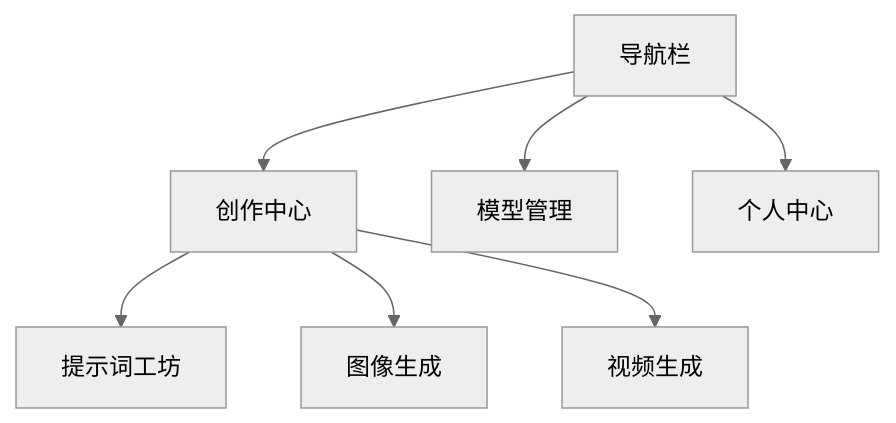
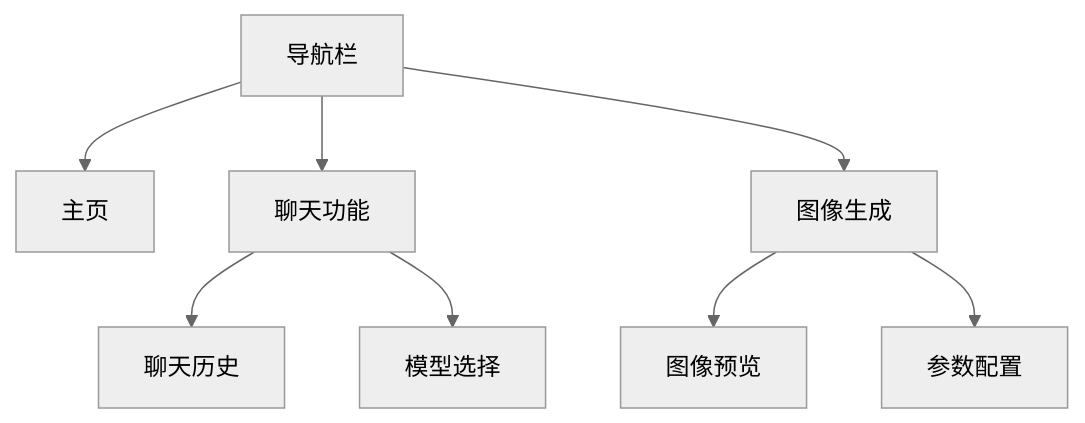
The diagram in docs/frontend.md (CLASSLU/aiApp), drawn with Mermaid (neutral theme) before and after one commit. The commit also changed other lines of this file and 4 other files, not shown here.

````diff
--- a/docs/frontend.md
+++ b/docs/frontend.md
@@ -5,9 +5,10 @@
 ```mermaid
 graph TD
-    A[导航栏] --> B[创作中心]
-    A --> C[模型管理]
-    A --> D[个人中心]
-    B --> E[提示词工坊]
-    B --> F[图像生成]
-    B --> G[视频生成]
+    A[导航栏] --> B[主页]
+    A --> C[聊天功能]
+    A --> D[图像生成]
+    C --> E[聊天历史]
+    C --> F[模型选择]
+    D --> G[图像预览]
+    D --> H[参数配置]
 ```
````
